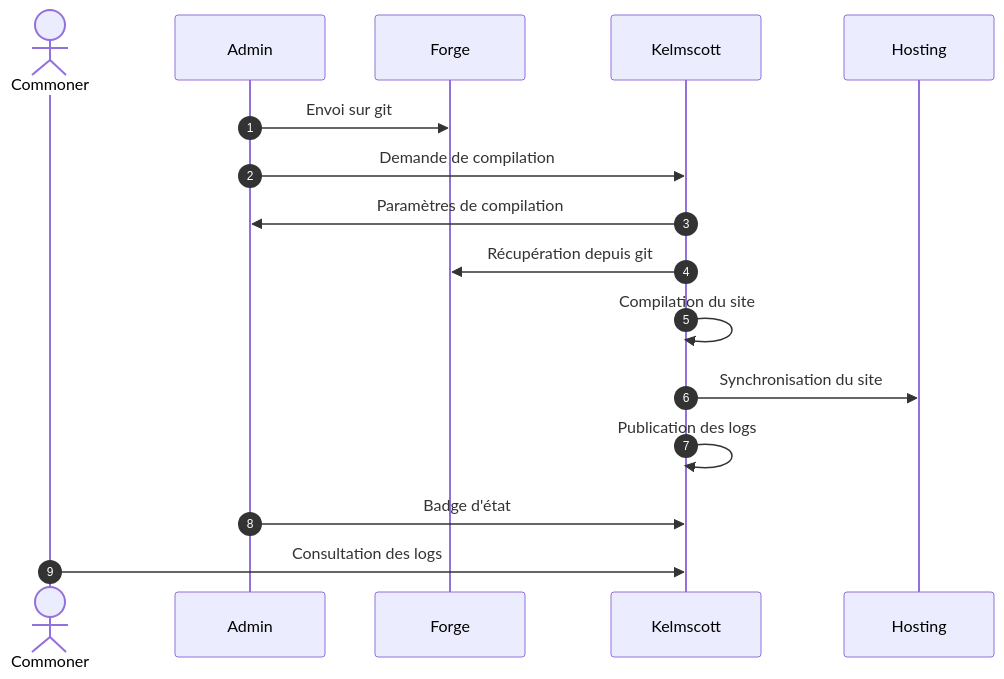
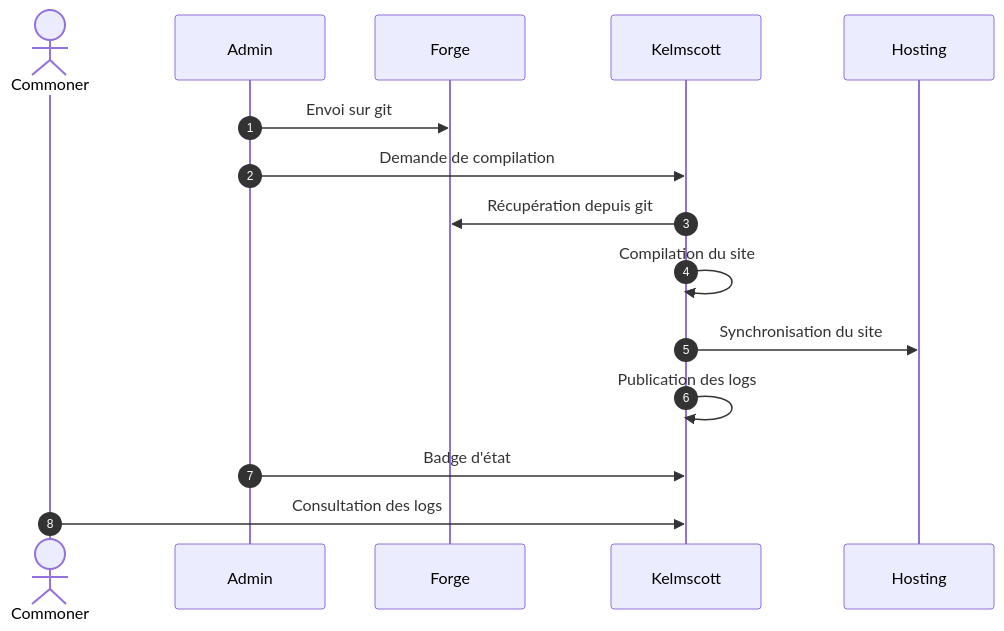
One commit to osunyorg/developers changed the second of 4 diagrams in content/docs/admin/sites-web/kelmscott/_index.md. Above: the diagram before and after it, drawn with Mermaid. The commit also changed other lines of this file, not shown here.

````diff
--- a/content/docs/admin/sites-web/kelmscott/_index.md
+++ b/content/docs/admin/sites-web/kelmscott/_index.md
@@ -39,14 +38,13 @@
 ```mermaid
 sequenceDiagram
   autonumber
   actor Commoner
   Admin->>Forge: Envoi sur git
   Admin->>Kelmscott: Demande de compilation
-  Kelmscott->>Admin: Paramètres de compilation
   Kelmscott->>Forge: Récupération depuis git
   Kelmscott->>Kelmscott: Compilation du site
   Kelmscott->>Hosting: Synchronisation du site
   Kelmscott->>Kelmscott: Publication des logs
   Admin->>Kelmscott: Badge d'état
   Commoner->>Kelmscott: Consultation des logs
 ```
````
